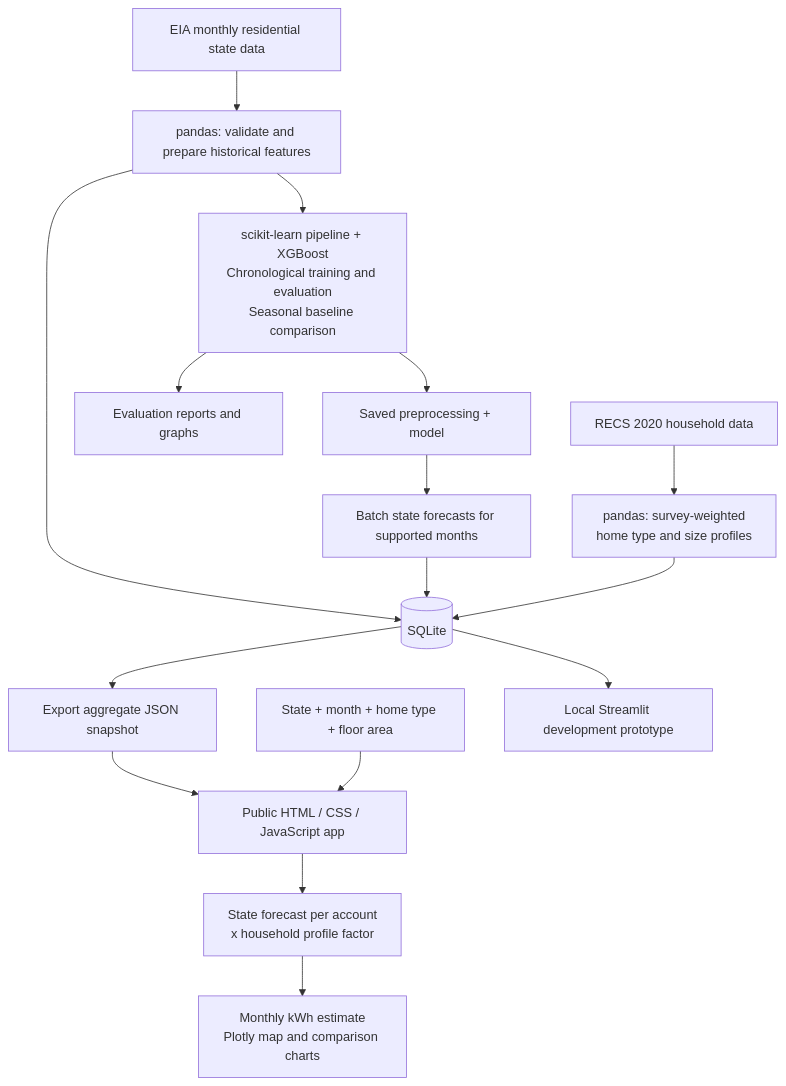
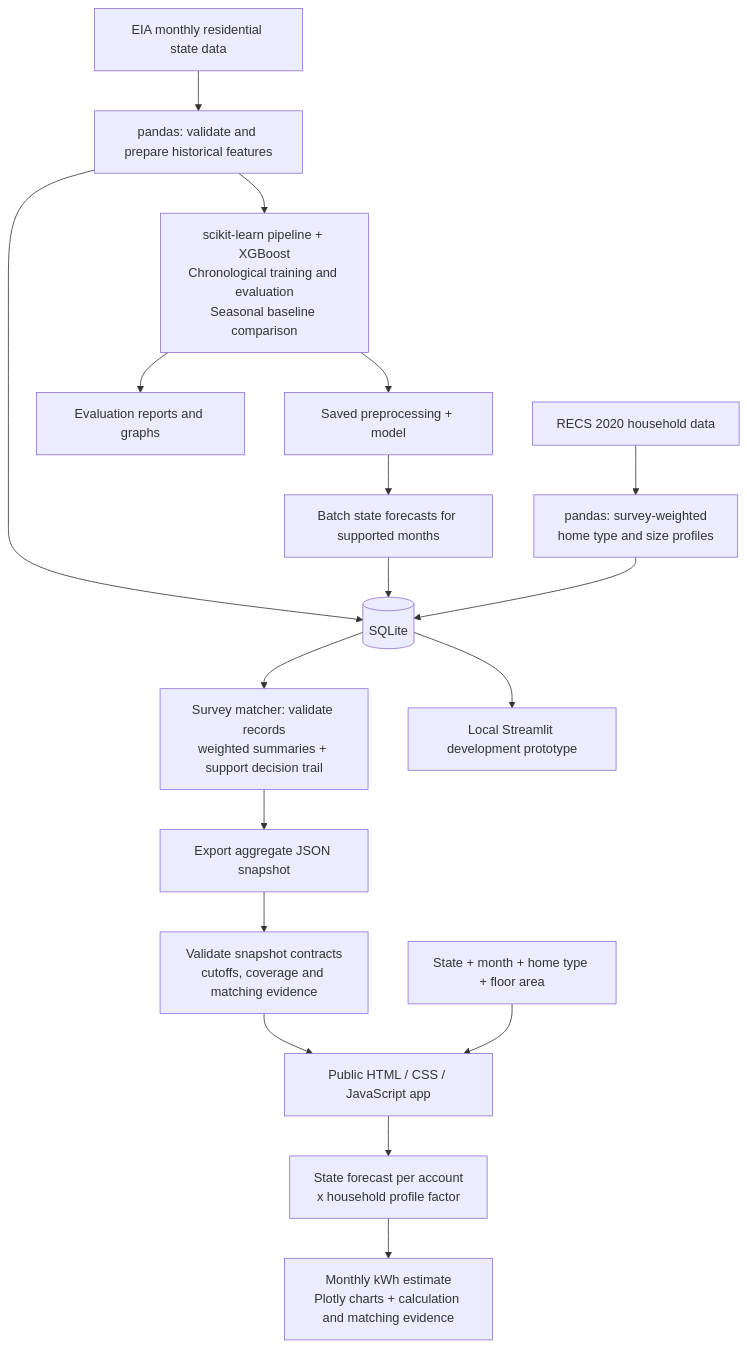
One commit to Ghaida486/1.125_HomePulse- changed the diagram in README.md. Above: the diagram before and after it, drawn with Mermaid. The commit also changed other lines of this file and 19 other files, not shown here.

Commit message:
Add audited survey matching, snapshot contracts, and visible estimate evidence

````diff
--- a/README.md
+++ b/README.md
@@ -78,20 +78,22 @@
 ```mermaid
 flowchart TD
     EIA["EIA monthly residential state data"] --> CLEAN["pandas: validate and prepare historical features"]
     CLEAN --> TRAIN["scikit-learn pipeline + XGBoost<br/>Chronological training and evaluation<br/>Seasonal baseline comparison"]
     TRAIN --> SAVE["Saved preprocessing + model"]
     SAVE --> FORECAST["Batch state forecasts for supported months"]
     CLEAN --> DB[("SQLite")]
     FORECAST --> DB
     TRAIN --> EVIDENCE["Evaluation reports and graphs"]
 
     RECS["RECS 2020 household data"] --> PROFILES["pandas: survey-weighted<br/>home type and size profiles"]
     PROFILES --> DB
 
-    DB --> EXPORT["Export aggregate JSON snapshot"]
-    EXPORT --> WEB["Public HTML / CSS / JavaScript app"]
+    DB --> MATCH["Survey matcher: validate records<br/>weighted summaries + support decision trail"]
+    MATCH --> EXPORT["Export aggregate JSON snapshot"]
+    EXPORT --> CHECK["Validate snapshot contracts<br/>cutoffs, coverage and matching evidence"]
+    CHECK --> WEB["Public HTML / CSS / JavaScript app"]
     USER["State + month + home type + floor area"] --> WEB
     WEB --> CALC["State forecast per account<br/>x household profile factor"]
-    CALC --> VIEW["Monthly kWh estimate<br/>Plotly map and comparison charts"]
+    CALC --> VIEW["Monthly kWh estimate<br/>Plotly charts + calculation and matching evidence"]
     DB --> STREAMLIT["Local Streamlit development prototype"]
 ```
````
